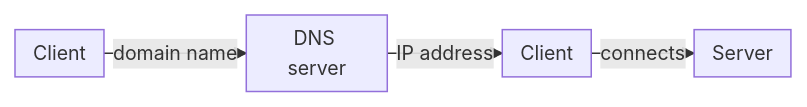
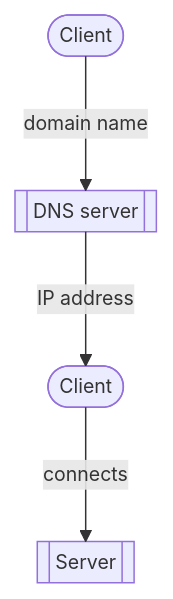
The fourth of 6 diagrams in apps/docs/src/content/docs/en/pages/secure/edge-dns/how-it-works.mdx (aziontech/docs), drawn with Mermaid before and after one commit. The commit also changed other lines of this file and 179 other files, not shown here.

Commit message:
docs(diagrams): redraw every other diagram in the use-case diagram style (#2513)

````diff
--- a/apps/docs/src/content/docs/en/pages/secure/edge-dns/how-it-works.mdx
+++ b/apps/docs/src/content/docs/en/pages/secure/edge-dns/how-it-works.mdx
@@ -118,7 +118,7 @@
 ```mermaid
-%%{init: {"layout": "dagre", "themeVariables": {"fontSize": "13px"}, "flowchart": {"nodeSpacing": 12, "rankSpacing": 12, "padding": 6, "wrappingWidth": 70, "minNodeWidth": 40, "useMaxWidth": true}}}%%
-flowchart LR
-  Cli["Client"] -->|"domain name"| Dns["DNS server"]
-  Dns -->|"IP address"| Cli2["Client"]
-  Cli2 -->|"connects"| Srv["Server"]
+%%{init: {"layout": "elk", "themeVariables": {"fontSize": "13px"}, "flowchart": {"nodeSpacing": 24, "rankSpacing": 36, "padding": 8, "wrappingWidth": 150, "useMaxWidth": true}, "sequence": {"width": 120, "actorMargin": 30, "useMaxWidth": true}}}%%
+flowchart TD
+  Cli(["Client"]) -->|"domain name"| Dns[["DNS server"]]
+  Dns -->|"IP address"| Cli2(["Client"])
+  Cli2 -->|"connects"| Srv[["Server"]]
 ```
````
